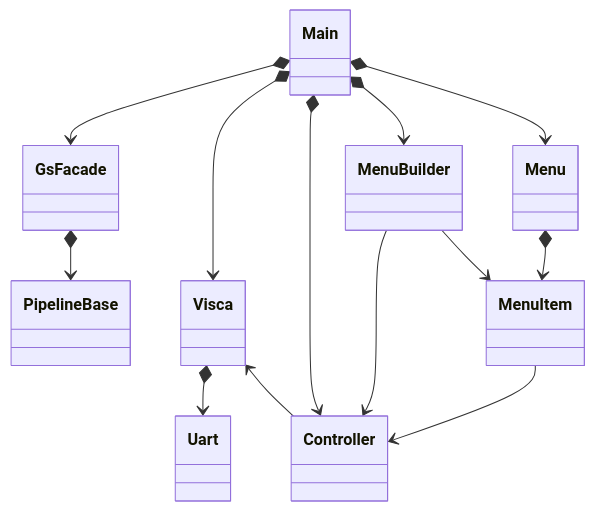
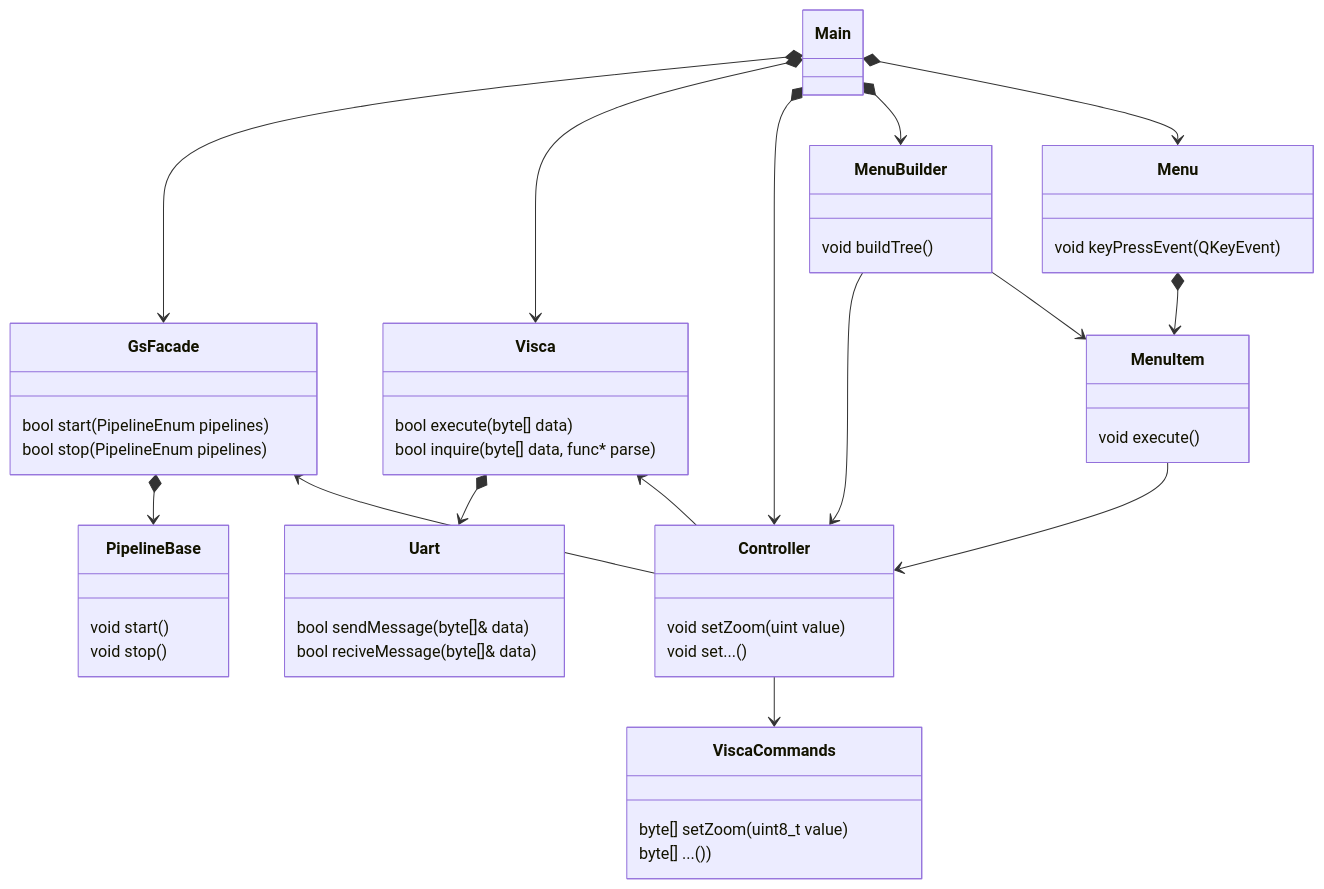
The fourth of 4 diagrams in notes.md (vesmil/Seimar-project), drawn with Mermaid before and after one commit. The commit also changed other lines of this file and 14 other files, not shown here.

Commit message:
Fixed enum value, started working on dependencies, added enum strings...

````diff
--- a/notes.md
+++ b/notes.md
@@ -221,16 +221,59 @@
 ```mermaid
 classDiagram
 	Main *-->  GsFacade
 	Main *-->  Visca
 	Visca *--> Uart
 	Main *-->  Controller
 	Main *-->  MenuBuilder
 	MenuBuilder --> Controller
 	Main *-->  Menu
 	MenuBuilder --> MenuItem
 	MenuItem --> Controller
 	Visca <-- Controller
 	Menu *--> MenuItem
 	GsFacade *--> PipelineBase
+	Controller --> ViscaCommands
+	GsFacade <-- Controller
 	
+	class MenuBuilder {
+		void buildTree()
+	}
+	
+    class Menu {
+		void keyPressEvent(QKeyEvent)
+	}
+	
+	class MenuItem {
+		void execute()
+	}
+	
+    class Controller {
+		void setZoom(uint value)
+		void set...()
+	}
+	
+	class Visca {
+		bool execute(byte[] data)
+		bool inquire(byte[] data, func* parse)
+	}
+	
+	class Uart {
+		bool sendMessage(byte[]& data)
+		bool reciveMessage(byte[]& data)
+	}
+	
+    class GsFacade {
+		bool start(PipelineEnum pipelines)
+		bool stop(PipelineEnum pipelines)
+	}
+	
+	class PipelineBase {
+		void start()
+		void stop()
+	}
+	
+	class ViscaCommands {
+		byte[] setZoom(uint8_t value)
+		byte[] ...())
+	}
 ```
````
